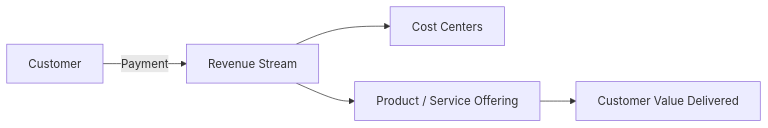
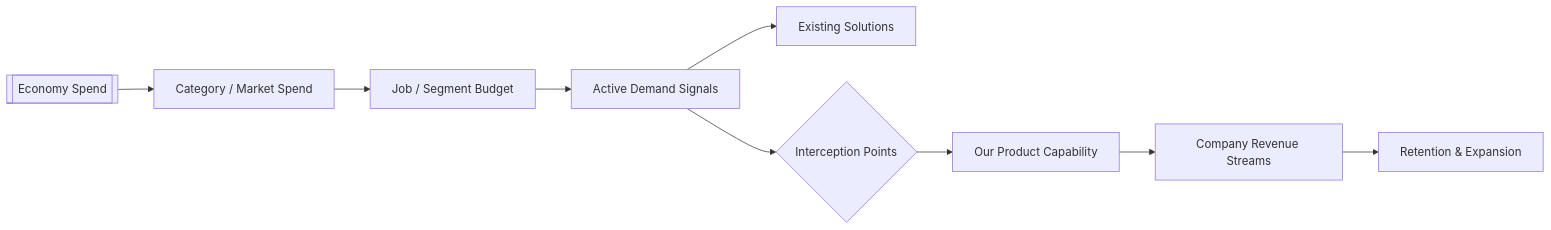
One commit to rkwai/the-way changed the diagram in agent-artifacts/analysis/market-business-flow.md. Above: the diagram before and after it, drawn with Mermaid. The commit also changed other lines of this file and 2 other files, not shown here.

Commit message:
update README.md and add color coding to mermaid.js diagrams

````diff
--- a/agent-artifacts/analysis/market-business-flow.md
+++ b/agent-artifacts/analysis/market-business-flow.md
@@ -14,7 +14,11 @@
 ```mermaid
 flowchart LR
-    Customer[Customer] -->|Payment| Revenue[Revenue Stream]
-    Revenue --> CostCenters[Cost Centers]
-    Revenue --> Offering[Product / Service Offering]
-    Offering --> Value[Customer Value Delivered]
+    Economy[[Economy Spend]] --> Market[Category / Market Spend]
+    Market --> Segment[Job / Segment Budget]
+    Segment --> Customers[Active Demand Signals]
+    Customers --> Incumbents[Existing Solutions]
+    Customers --> Interception{Interception Points}
+    Interception --> Product[Our Product Capability]
+    Product --> Company[Company Revenue Streams]
+    Company --> Reinforcement[Retention & Expansion]
 ```
````
